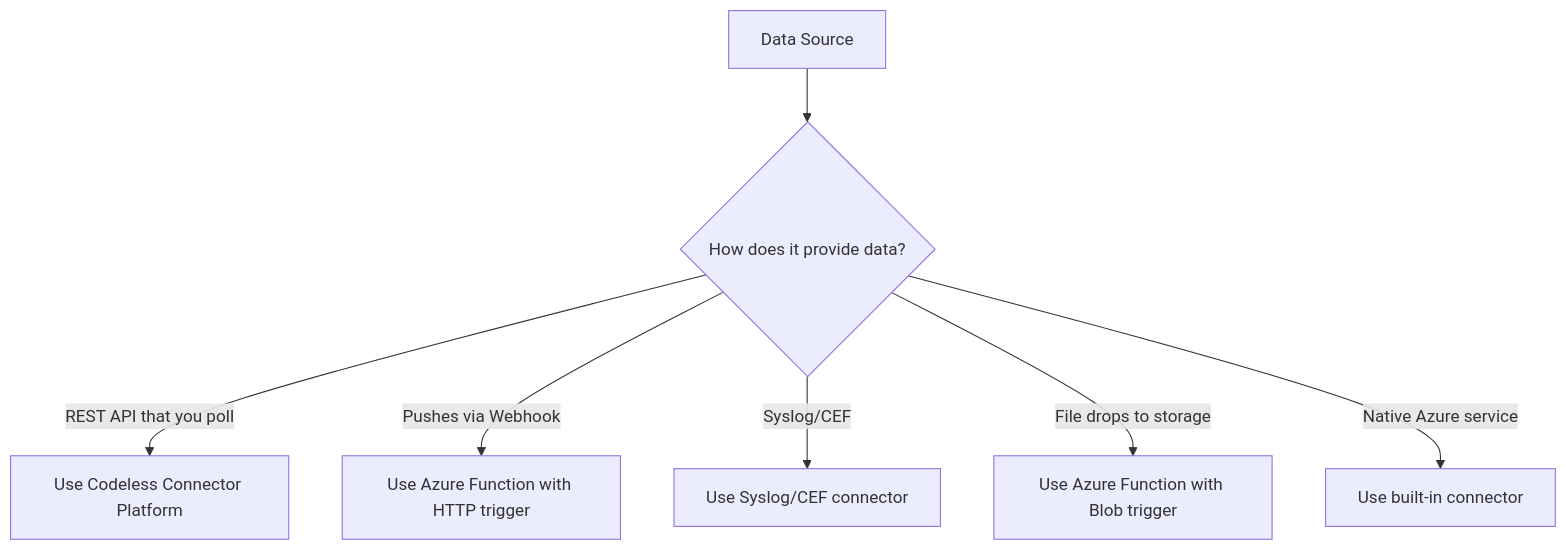
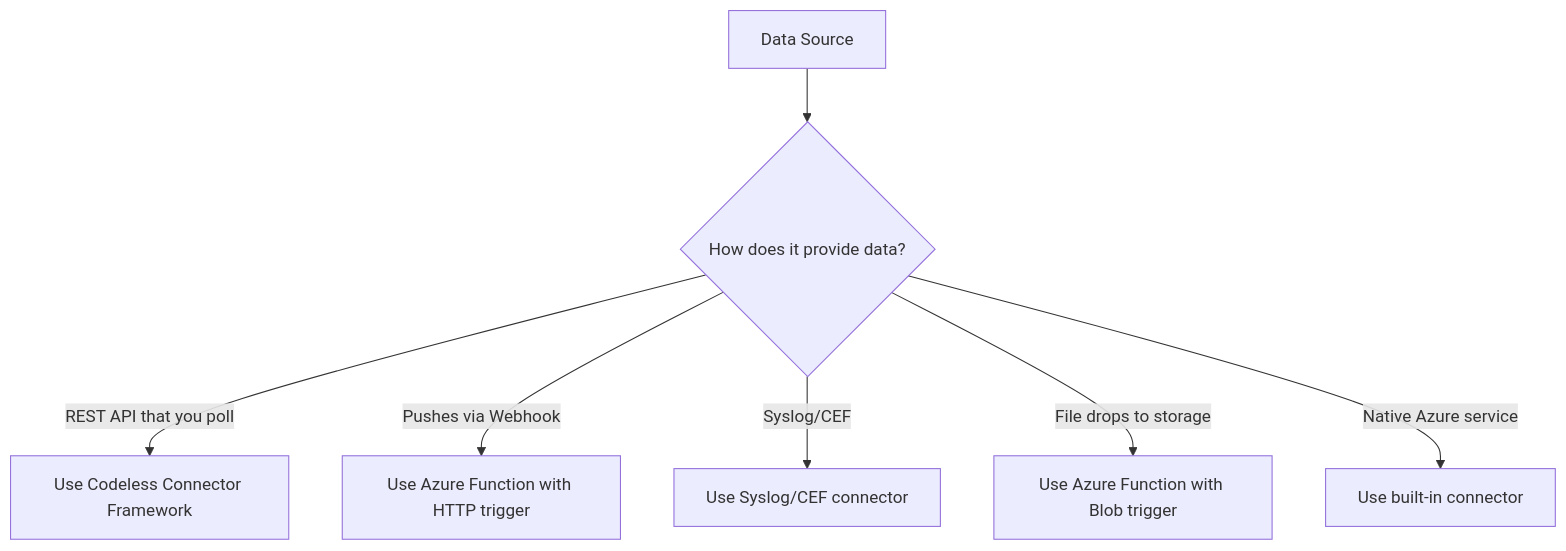
The diagram in posts/2026-02-16-how-to-create-microsoft-sentinel-custom-connectors-using-the-codeless-connector-platform/README.md (OneUptime/blog), drawn with Mermaid before and after one commit. The commit also changed other lines of this file and 2 other files, not shown here.

Commit message:
validate: 2026-02-16-how-to-create-microsoft-sentinel-custom-connectors-using-the-codeless-connector-platform

````diff
--- a/posts/2026-02-16-how-to-create-microsoft-sentinel-custom-connectors-using-the-codeless-connector-platform/README.md
+++ b/posts/2026-02-16-how-to-create-microsoft-sentinel-custom-connectors-using-the-codeless-connector-platform/README.md
@@ -33,9 +33,9 @@
 ```mermaid
 graph TD
     A[Data Source] --> B{How does it provide data?}
-    B -->|REST API that you poll| C[Use Codeless Connector Platform]
+    B -->|REST API that you poll| C[Use Codeless Connector Framework]
     B -->|Pushes via Webhook| D[Use Azure Function with HTTP trigger]
     B -->|Syslog/CEF| E[Use Syslog/CEF connector]
     B -->|File drops to storage| F[Use Azure Function with Blob trigger]
     B -->|Native Azure service| G[Use built-in connector]
 ```
````
